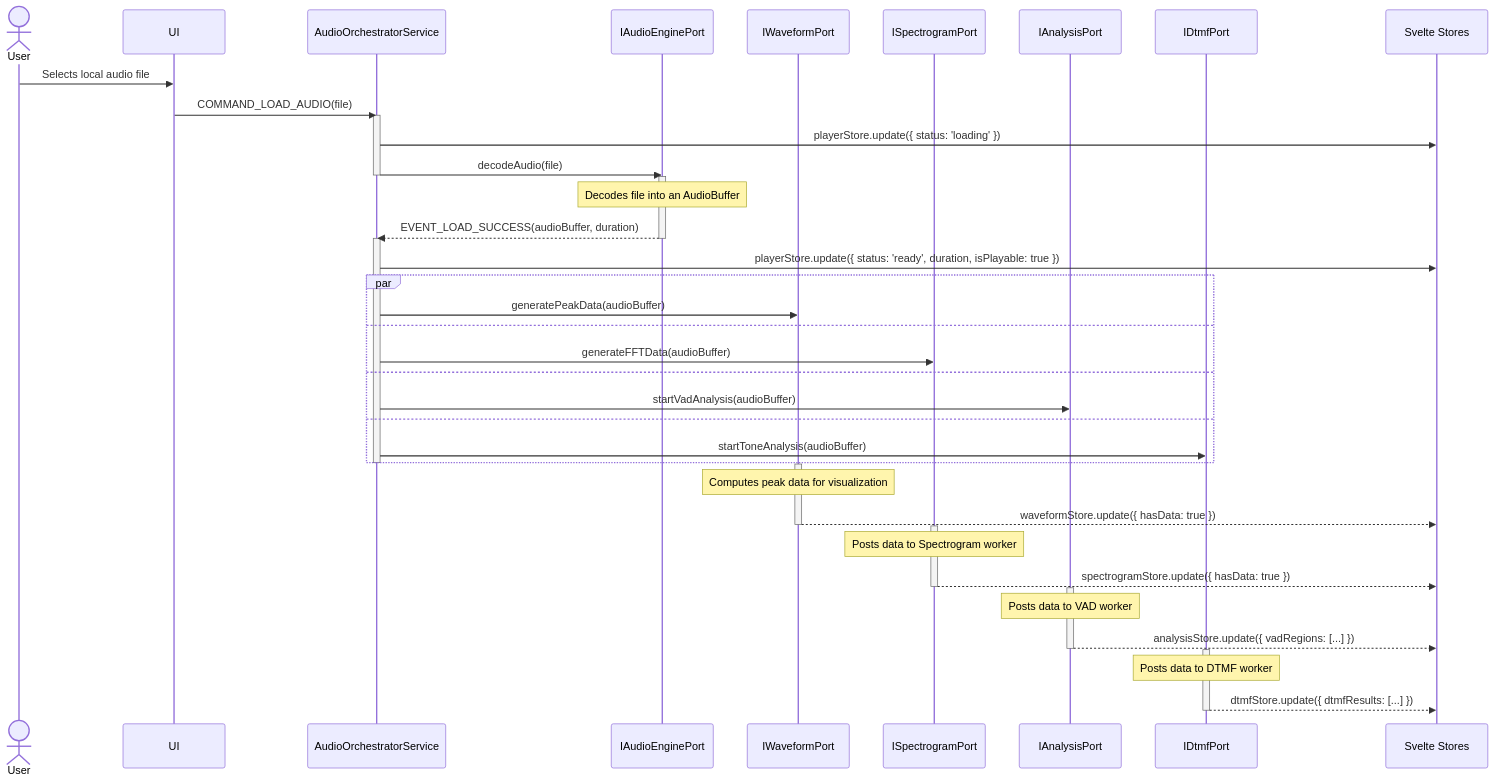
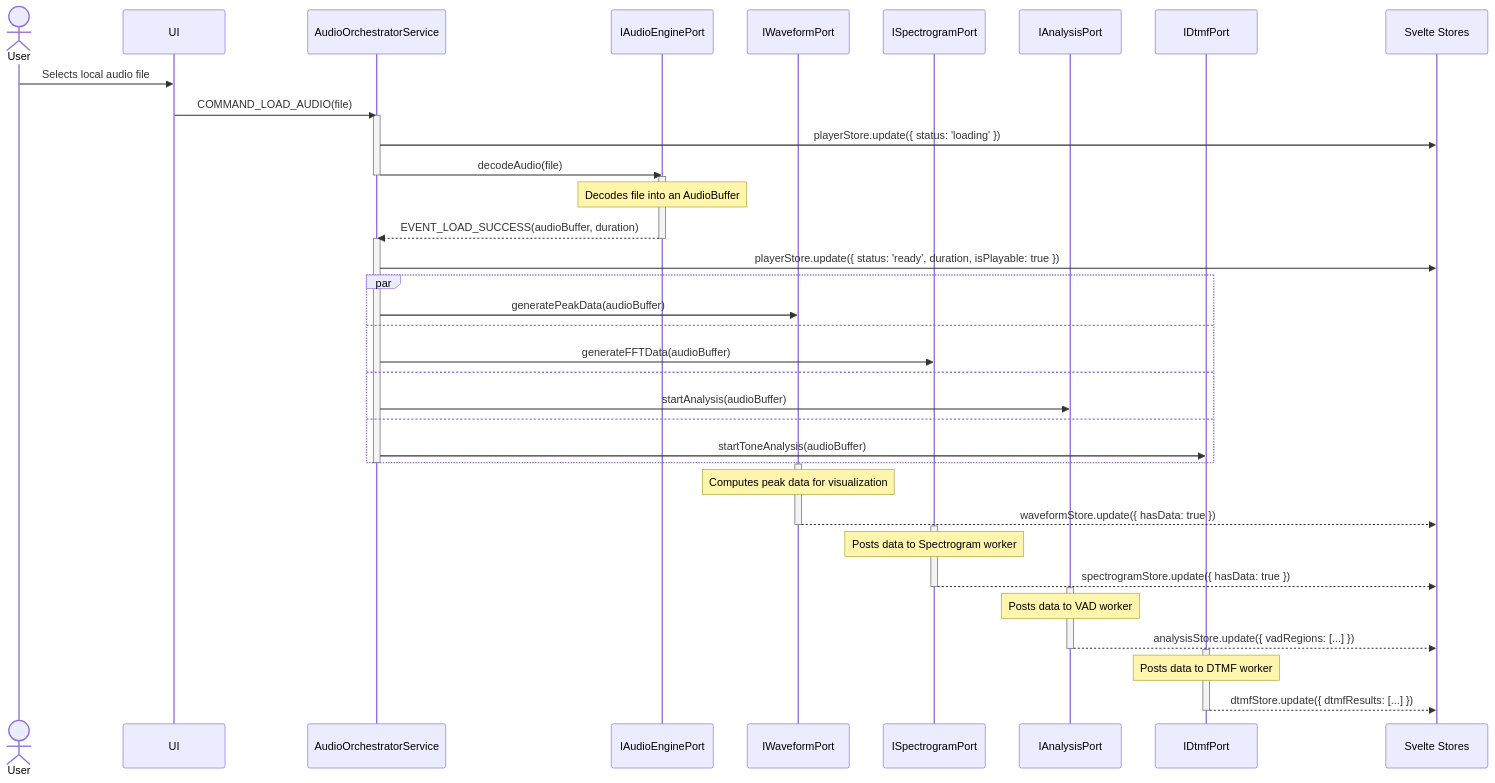
The diagram in vibe-player-v3/docs/refactor-plan/diagrams/file-loading-flow.mermaid (averykhoo/vibe-player-v3), drawn with Mermaid before and after one commit.

```diff
--- a/vibe-player-v3/docs/refactor-plan/diagrams/file-loading-flow.mermaid
+++ b/vibe-player-v3/docs/refactor-plan/diagrams/file-loading-flow.mermaid
@@ -1,60 +1,60 @@
 %% vibe-player-v3/docs/refactor-plan/diagrams/file-loading-flow.mermaid
 %% Detailed flow for loading a new audio file and initiating parallel analysis.
 
 sequenceDiagram
     actor User
     participant UI
     participant Orchestrator as AudioOrchestratorService
     participant Engine as IAudioEnginePort
     participant WaveformService as IWaveformPort
     participant SpectrogramService as ISpectrogramPort
     participant AnalysisService as IAnalysisPort
     participant DtmfService as IDtmfPort
     participant Store as Svelte Stores
     
     User->>UI: Selects local audio file
     UI->>Orchestrator: COMMAND_LOAD_AUDIO(file)
 
     activate Orchestrator
     Orchestrator->>Store: playerStore.update({ status: 'loading' })
     Orchestrator->>Engine: decodeAudio(file)
     deactivate Orchestrator
 
     activate Engine
     Note over Engine: Decodes file into an AudioBuffer
     Engine-->>Orchestrator: EVENT_LOAD_SUCCESS(audioBuffer, duration)
     deactivate Engine
 
     activate Orchestrator
     Orchestrator->>Store: playerStore.update({ status: 'ready', duration, isPlayable: true })
     
     par
         Orchestrator->>WaveformService: generatePeakData(audioBuffer)
         and
         Orchestrator->>SpectrogramService: generateFFTData(audioBuffer)
         and
-        Orchestrator->>AnalysisService: startVadAnalysis(audioBuffer)
+        Orchestrator->>AnalysisService: startAnalysis(audioBuffer)
         and
         Orchestrator->>DtmfService: startToneAnalysis(audioBuffer)
     end
     deactivate Orchestrator
 
     activate WaveformService
     Note over WaveformService: Computes peak data for visualization
     WaveformService-->>Store: waveformStore.update({ hasData: true })
     deactivate WaveformService
     
     activate SpectrogramService
     Note over SpectrogramService: Posts data to Spectrogram worker
     SpectrogramService-->>Store: spectrogramStore.update({ hasData: true })
     deactivate SpectrogramService
 
     activate AnalysisService
     Note over AnalysisService: Posts data to VAD worker
     AnalysisService-->>Store: analysisStore.update({ vadRegions: [...] })
     deactivate AnalysisService
 
     activate DtmfService
     Note over DtmfService: Posts data to DTMF worker
     DtmfService-->>Store: dtmfStore.update({ dtmfResults: [...] })
     deactivate DtmfService
```
